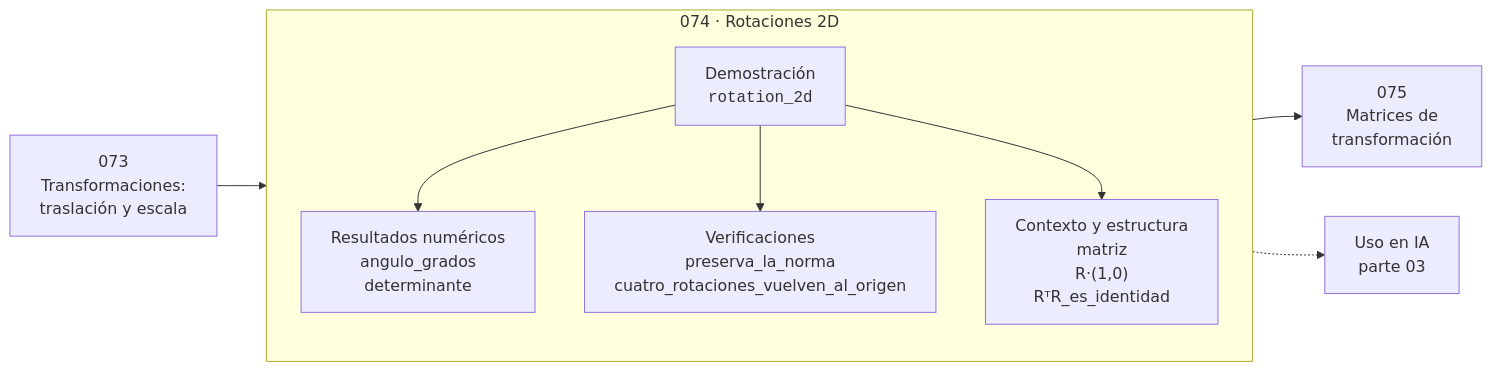
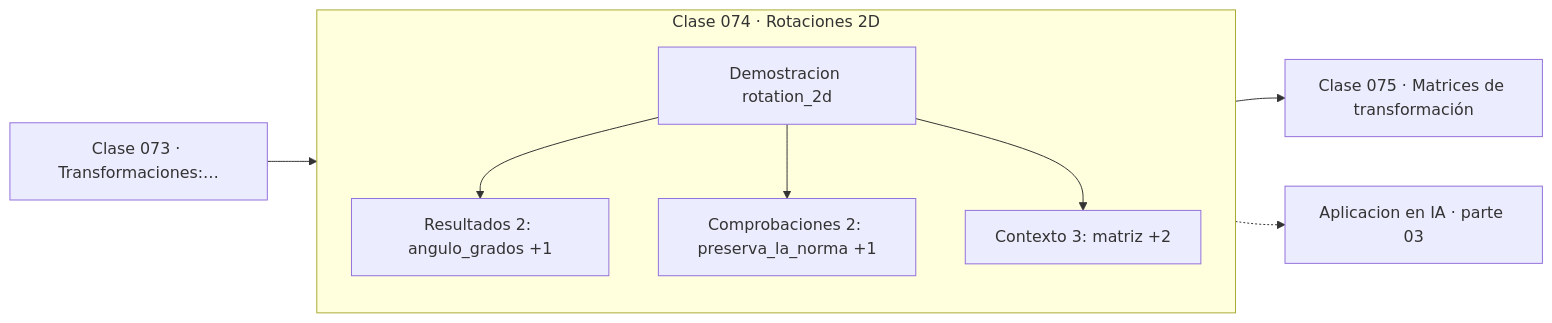
Before and after one commit to vladimiracunadev-create/computational-mathematics-program: the diagram in classes/part-03-geometria-trigonometria-y-geometria-analitica/074-rotaciones-2d/README.md, drawn with Mermaid. The commit also changed 389 other files, not shown here.

First line of the commit message:
fix(diagramas): elimina el HTML de las etiquetas Mermaid

````diff
--- a/classes/part-03-geometria-trigonometria-y-geometria-analitica/074-rotaciones-2d/README.md
+++ b/classes/part-03-geometria-trigonometria-y-geometria-analitica/074-rotaciones-2d/README.md
@@ -36,12 +36,13 @@
 ```mermaid
 flowchart LR
-    P["073<br/>Transformaciones:<br/>traslación y escala"] --> C
-    subgraph C["074 · Rotaciones 2D"]
+    P["Clase 073 · Transformaciones:…"] --> D
+    subgraph CLASE["Clase 074 · Rotaciones 2D"]
         direction TB
-        D["Demostración<br/><code>rotation_2d</code>"] --> R["Resultados numéricos<br/>angulo_grados<br/>determinante"]
-        D --> V["Verificaciones<br/>preserva_la_norma<br/>cuatro_rotaciones_vuelven_al_origen"]
-        D --> O["Contexto y estructura<br/>matriz<br/>R·(1,0)<br/>RᵀR_es_identidad"]
+        D["Demostracion rotation_2d"]
+        D --> R["Resultados 2: angulo_grados +1"]
+        D --> V["Comprobaciones 2: preserva_la_norma +1"]
+        D --> O["Contexto 3: matriz +2"]
     end
-    C --> N["075<br/>Matrices de<br/>transformación"]
-    C -.-> IA["Uso en IA<br/>parte 03"]
+    R --> N["Clase 075 · Matrices de transformación"]
+    V -.-> IA["Aplicacion en IA · parte 03"]
 ```
````
